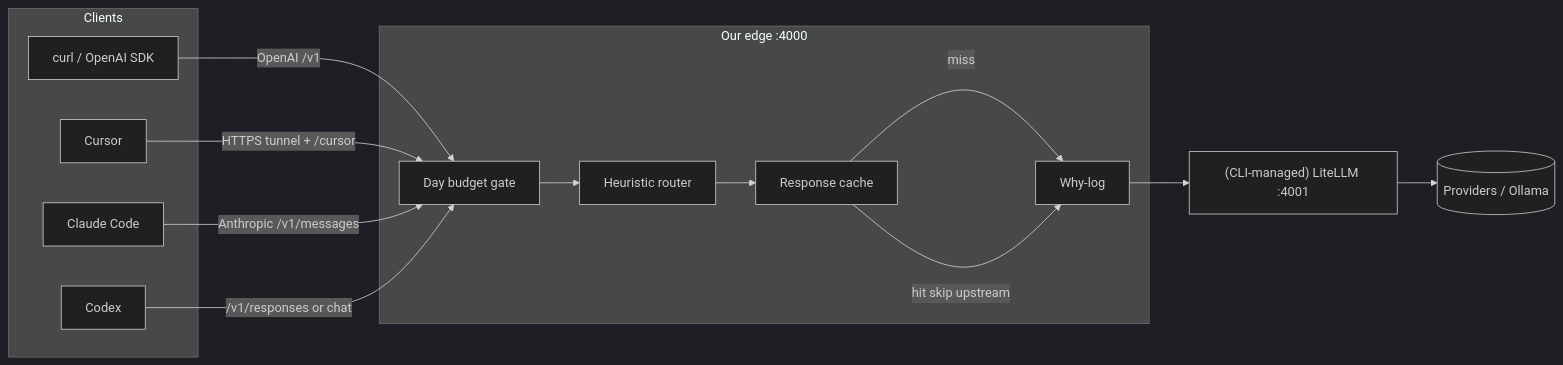
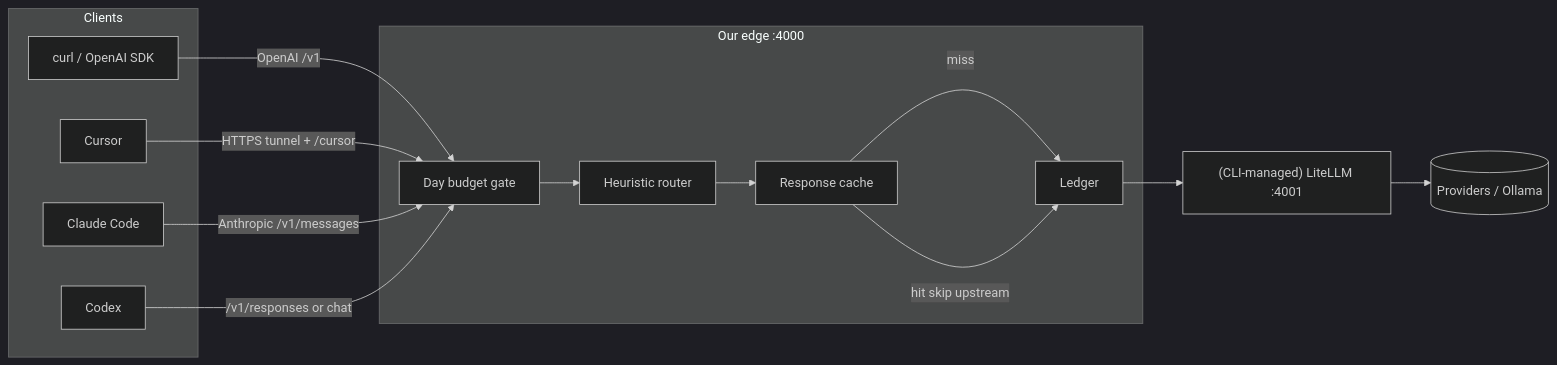
Before and after one commit to sarjeet2013/harbor-ai-gateway: the diagram in docs/architecture.md, drawn with Mermaid (dark theme). The commit also changed other lines of this file and 13 other files, not shown here.

First line of the commit message:
refactor: rename why-log to ledger

````diff
--- a/docs/architecture.md
+++ b/docs/architecture.md
@@ -41,28 +41,28 @@
 ```mermaid
 flowchart LR
   subgraph clients [Clients]
     CURL[curl / OpenAI SDK]
     CURSOR[Cursor]
     CC[Claude Code]
     CODEX[Codex]
   end
 
   subgraph edge [Our edge :4000]
     BUDGET[Day budget gate]
     ROUTER[Heuristic router]
     CACHE[Response cache]
-    WHY[Why-log]
+    LEDGER[Ledger]
   end
 
   LITELLM["(CLI-managed) LiteLLM :4001"]
   UP[(Providers / Ollama)]
 
   CURL -->|OpenAI /v1| BUDGET
   CURSOR -->|HTTPS tunnel + /cursor| BUDGET
   CC -->|Anthropic /v1/messages| BUDGET
   CODEX -->|/v1/responses or chat| BUDGET
 
   BUDGET --> ROUTER --> CACHE
-  CACHE -->|miss| WHY --> LITELLM --> UP
-  CACHE -->|hit skip upstream| WHY
+  CACHE -->|miss| LEDGER --> LITELLM --> UP
+  CACHE -->|hit skip upstream| LEDGER
 ```
````
